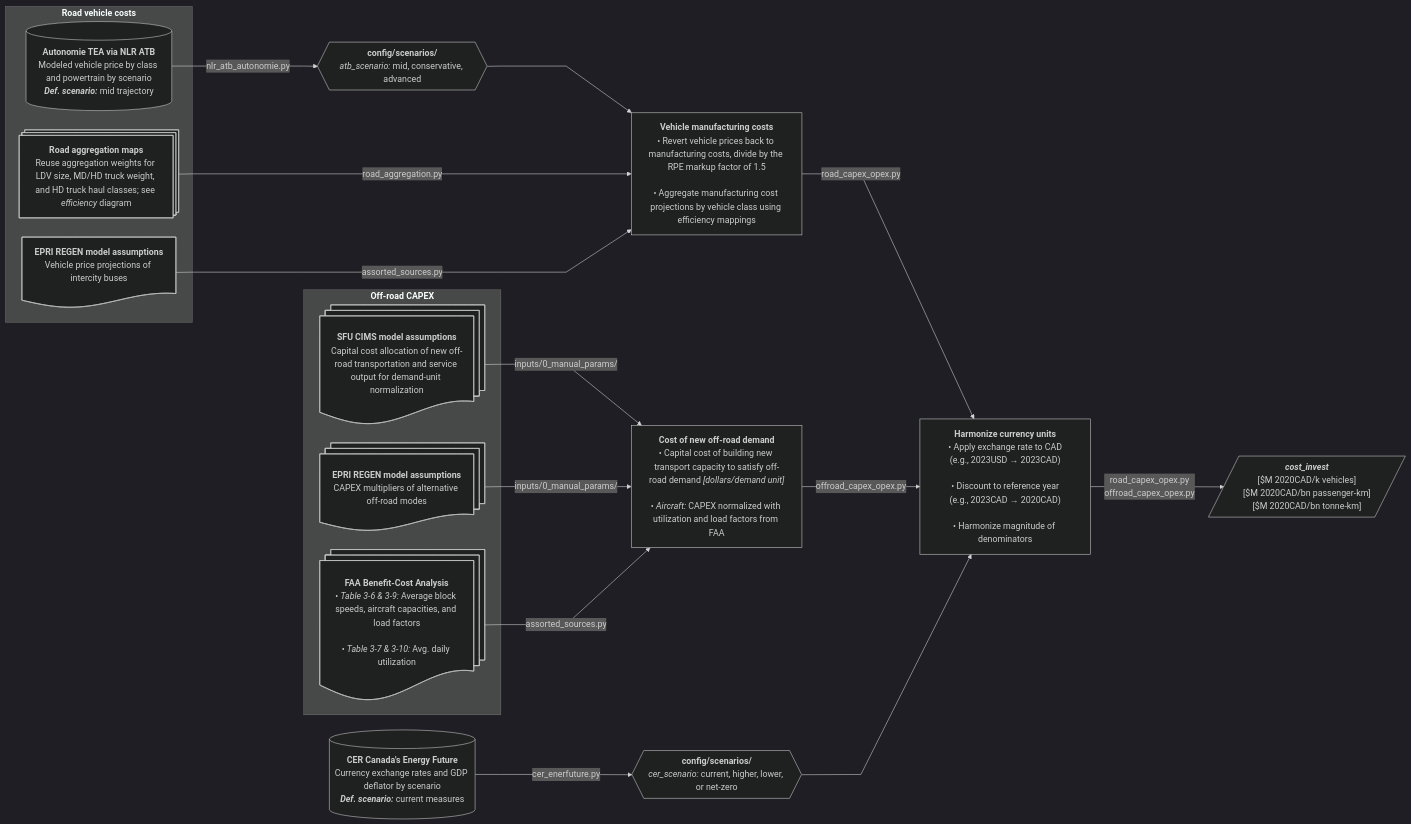
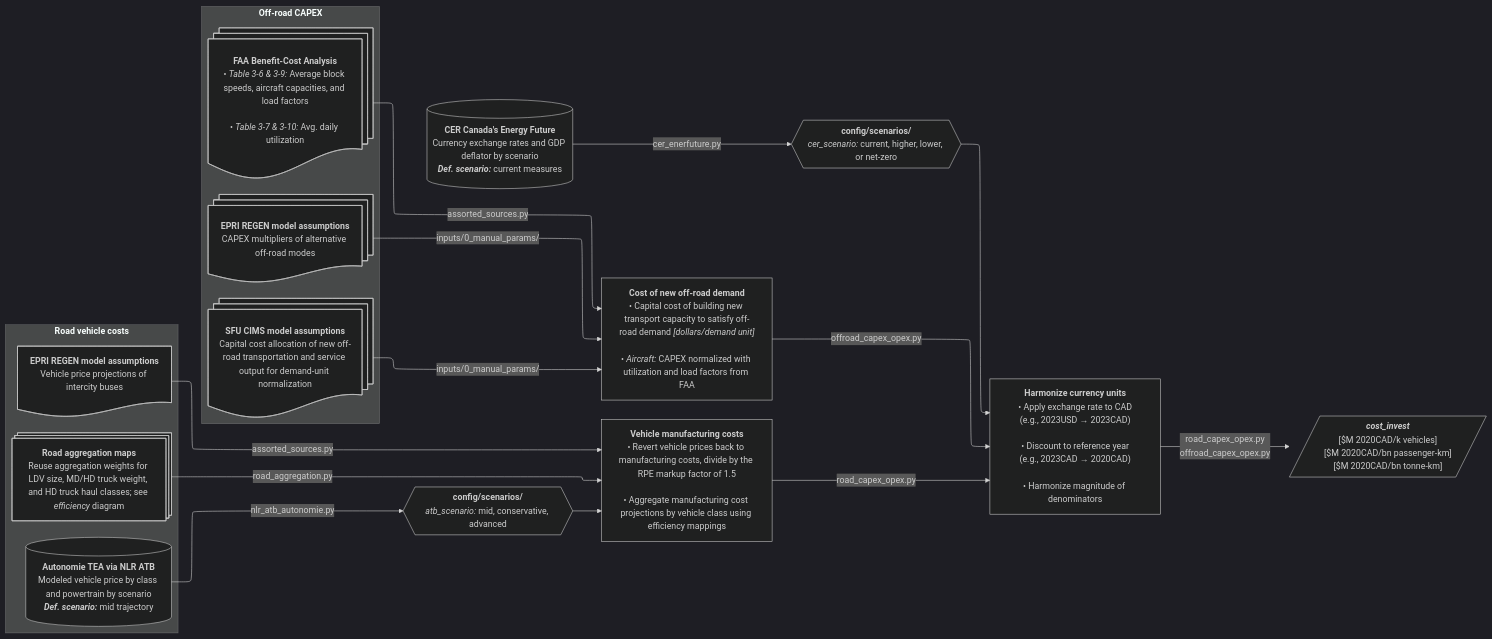
Before and after one commit to CANOE-main/canoe-transportation: the ninth of 14 diagrams in README.md, drawn with Mermaid (dark theme). The commit also changed other lines of this file and 39 other files, not shown here.

First line of the commit message:
Add technology growth evidence acquisition and diagnostics; updated mermaid flowcharts to render with elk layout.

````diff
--- a/README.md
+++ b/README.md
@@ -888,79 +872,78 @@
 ```mermaid
 ---
 config:
-  layout: dagre
+  layout: elk
   flowchart:
     nodeSpacing: 35
     rankSpacing: 50
     wrappingWidth: 250
-    curve: linear
 ---
 flowchart LR
-  %% ########### Sources ###########
+  %% ############ Sources ###########
   s3[("`**CER Canada's Energy Future**
     Currency exchange rates and GDP deflator by scenario
     ***Def. scenario:*** current measures`")]
   subgraph offroad["`**Off-road CAPEX**`"]
     s7@{shape: docs, label: "**SFU CIMS model assumptions**
       Capital cost allocation of new off-road transportation and service output for demand-unit normalization"}
     s8@{shape: docs, label: "**EPRI REGEN model assumptions**
       CAPEX multipliers of alternative off-road modes"}
     s9@{shape: docs, label: "**FAA Benefit-Cost Analysis**
       • *Table 3-6 & 3-9:* Average block speeds, aircraft capacities, and load factors<br>
       • *Table 3-7 & 3-10:* Avg. daily utilization"}
   end
 
-  %% ########### Processes ###########
+  %% ############ Processes ###########
   p3["`**Cost of new off-road demand**
     • Capital cost of building new transport capacity to satisfy off-road demand *[dollars/demand unit]*<br>
     • *Aircraft:* CAPEX normalized with utilization and load factors from FAA`"]
   s7 & s8 -- inputs/0_manual_params/ --> p3
   s9 -- assorted_sources.py --> p3
 
-  %% ########### Sources ###########
+  %% ############ Sources ###########
   subgraph road["`**Road vehicle costs**`"]
     s1@{shape: processes, label: "**Road aggregation maps**
       Reuse aggregation weights for LDV size, MD/HD truck weight, and HD truck haul classes; see *efficiency* diagram"}
     s2[("`**Autonomie TEA via NLR ATB**
       Modeled vehicle price by class and powertrain by scenario
       ***Def. scenario:*** mid trajectory`")]
     s8_bus@{shape: doc, label: "**EPRI REGEN model assumptions**
       Vehicle price projections of intercity buses"}
   end
 
-  %% ########### Processes ###########
+  %% ############ Processes ###########
   p0_2@{shape: hex, label: "**config/scenarios/**
     *atb_scenario:* mid, conservative, advanced"}
   p2["`**Vehicle manufacturing costs**
     • Revert vehicle prices back to manufacturing costs, divide by the RPE markup factor of 1.5<br>
     • Aggregate manufacturing cost projections by vehicle class using efficiency mappings`"]
   s2 -- nlr_atb_autonomie.py --> p0_2 --> p2
   s1 -- road_aggregation.py --> p2
   s8_bus -- assorted_sources.py --> p2
 
   p0@{shape: hex, label: "**config/scenarios/**
     *cer_scenario:* current, higher, lower, or net-zero"}
   p4["`**Harmonize currency units**
     • Apply exchange rate to CAD
     (e.g., 2023USD → 2023CAD)<br>
     • Discount to reference year
     (e.g., 2023CAD → 2020CAD)<br>
     • Harmonize magnitude of denominators`"]
   p2 -- road_capex_opex.py --> p4
   p3 -- offroad_capex_opex.py --> p4
   s3 -- cer_enerfuture.py --> p0 --> p4
 
   p4 -- road_capex_opex.py
   offroad_capex_opex.py --> o1[/"`***cost_invest***
     [$M 2020CAD/k vehicles]
     [$M 2020CAD/bn passenger-km]
     [$M 2020CAD/bn tonne-km]`"/]
 
   %% --- Hyperlinks ---
   click s8_bus "https://us-regen-docs.epri.com/v2025/assumptions/transportation.html#on-road-fleet-vehicles"
   click s8 "https://us-regen-docs.epri.com/v2025/assumptions/transportation.html#non-road-vehicles"
   click s7 "https://github.com/EMRG-SFU/cims-models/tree/main/sources/sectors"
   click s2 "https://vms.taps.anl.gov/research-highlights/vehicle-technologies/u-s-doe-vto-hfto-r-d-benefits/"
   click s3 "https://open.canada.ca/data/en/dataset/07c42deb-9435-43b9-a416-7ce316f3893d"
   click s9 "https://www.faa.gov/regulations_policies/policy_guidance/benefit_cost"
 ```
````
